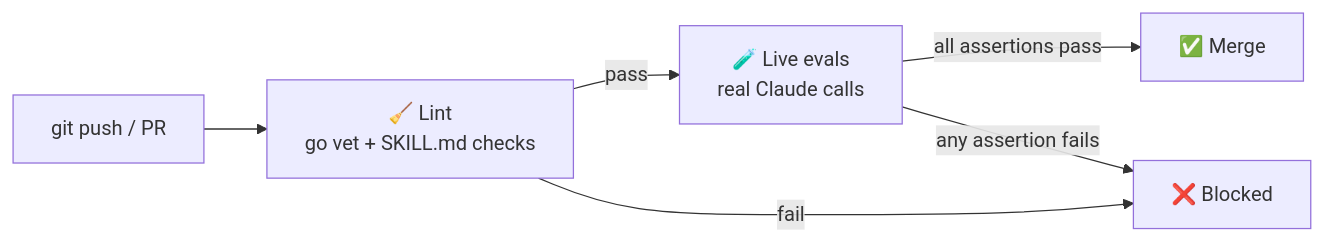
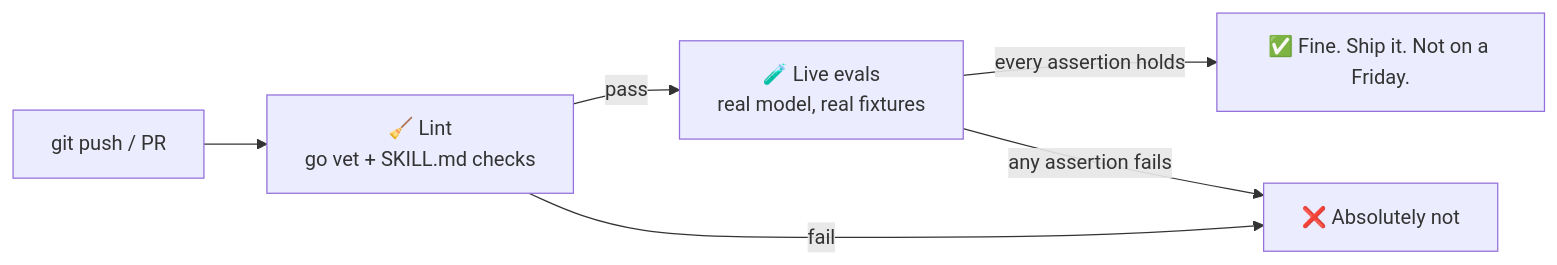
Before and after one commit to drarnold/greybeard: the third of 4 diagrams in README.md, drawn with Mermaid. The commit also changed other lines of this file, not shown here.

````diff
--- a/README.md
+++ b/README.md
@@ -93,8 +100,8 @@
 ```mermaid
 flowchart LR
     P["git push / PR"] --> L["🧹 Lint<br/>go vet + SKILL.md checks"]
-    L -->|pass| E["🧪 Live evals<br/>real Claude calls"]
-    L -->|fail| X["❌ Blocked"]
-    E -->|all assertions pass| OK["✅ Merge"]
+    L -->|pass| E["🧪 Live evals<br/>real model, real fixtures"]
+    L -->|fail| X["❌ Absolutely not"]
+    E -->|every assertion holds| OK["✅ Fine. Ship it. Not on a Friday."]
     E -->|any assertion fails| X
 ```
````
